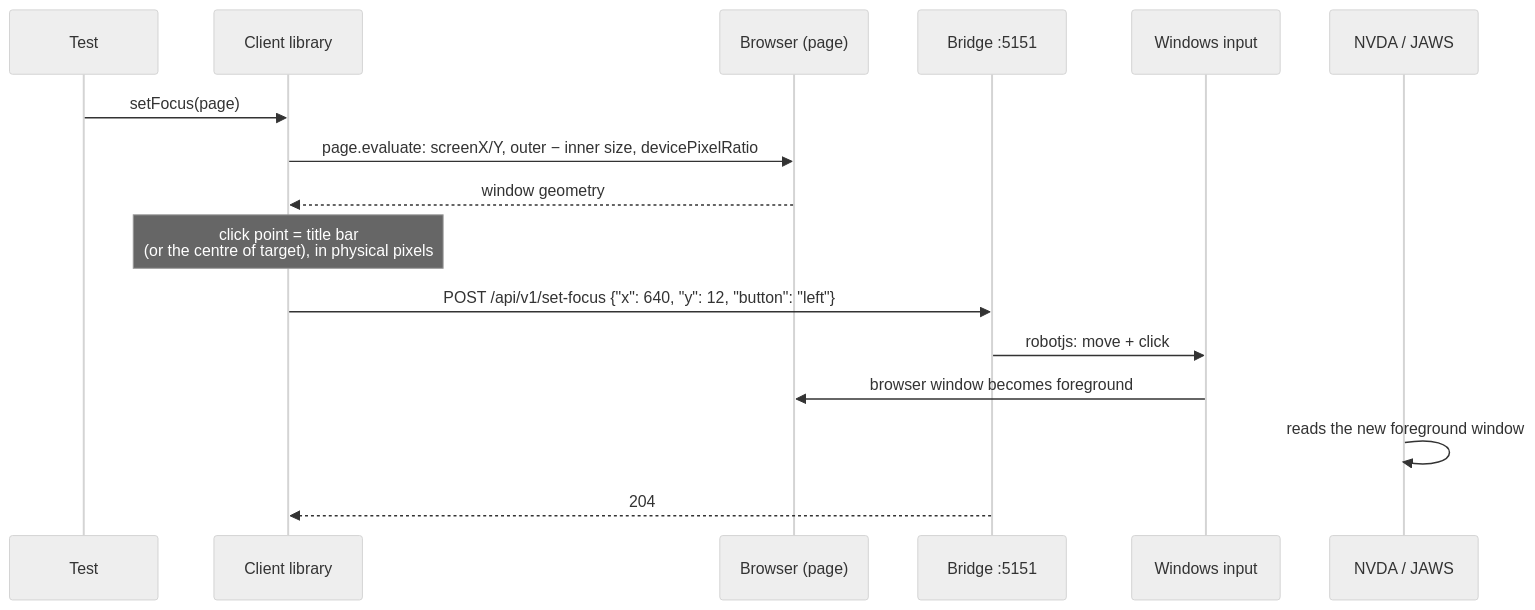
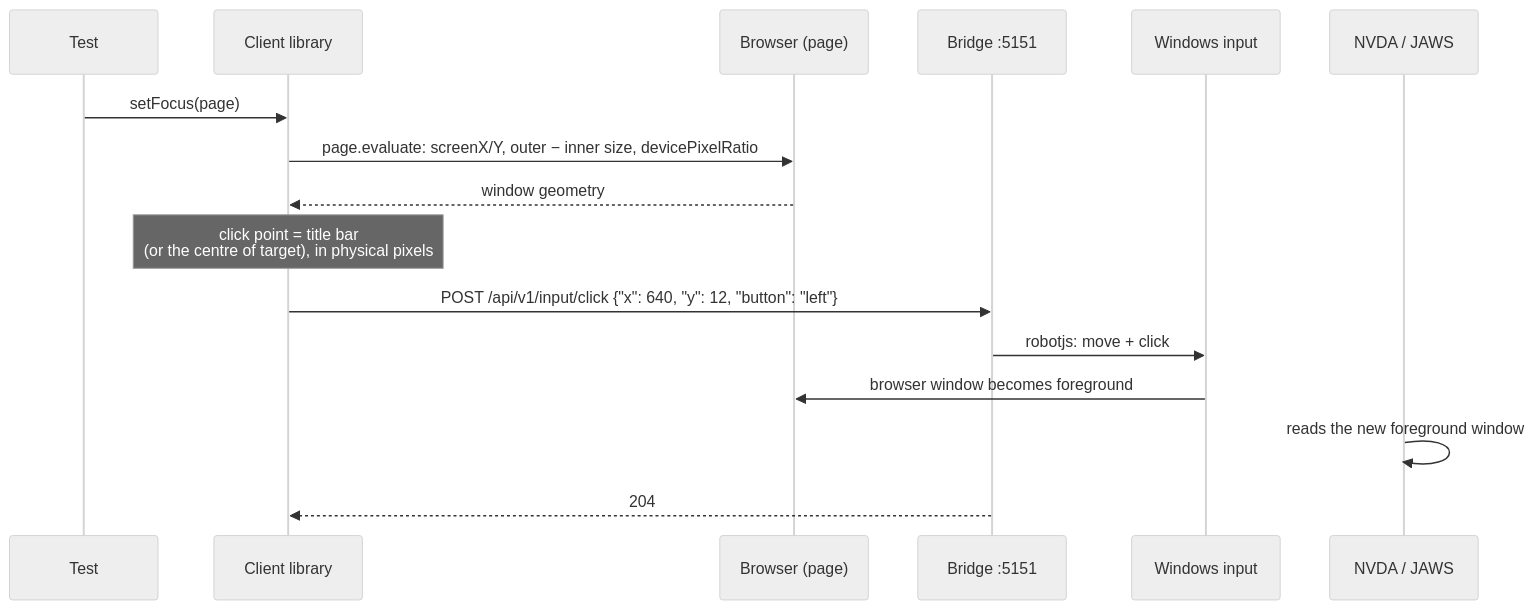
Before and after one commit to TimoSto/screenreader-speech-capture: the second of 4 diagrams in docs/usage/flows/native-input.md, drawn with Mermaid (neutral theme). The commit also changed other lines of this file and 73 other files, not shown here.

````diff
--- a/docs/usage/flows/native-input.md
+++ b/docs/usage/flows/native-input.md
@@ -44,19 +42,19 @@
 ```mermaid
 sequenceDiagram
     participant T as Test
     participant C as Client library
     participant Br as Browser (page)
     participant B as Bridge :5151
     participant OS as Windows input
     participant SR as NVDA / JAWS
 
     T->>C: setFocus(page)
     C->>Br: page.evaluate: screenX/Y, outer − inner size, devicePixelRatio
     Br-->>C: window geometry
     Note over C: click point = title bar<br/>(or the centre of target), in physical pixels
-    C->>B: POST /api/v1/set-focus {"x": 640, "y": 12, "button": "left"}
+    C->>B: POST /api/v1/input/click {"x": 640, "y": 12, "button": "left"}
     B->>OS: robotjs: move + click
     OS->>Br: browser window becomes foreground
     SR->>SR: reads the new foreground window
     B-->>C: 204
 ```
````
